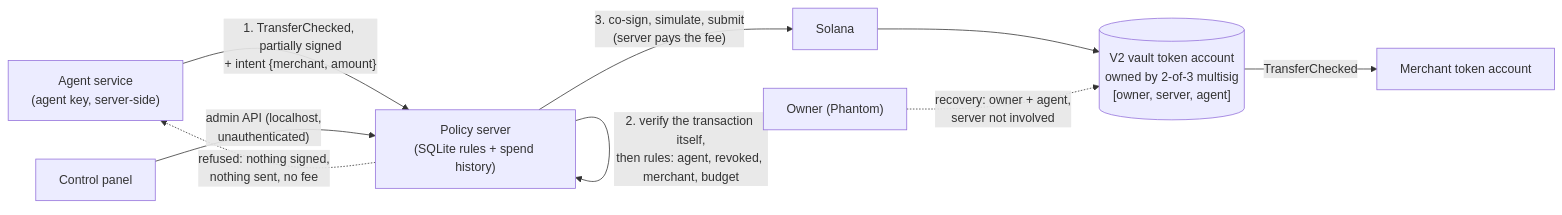
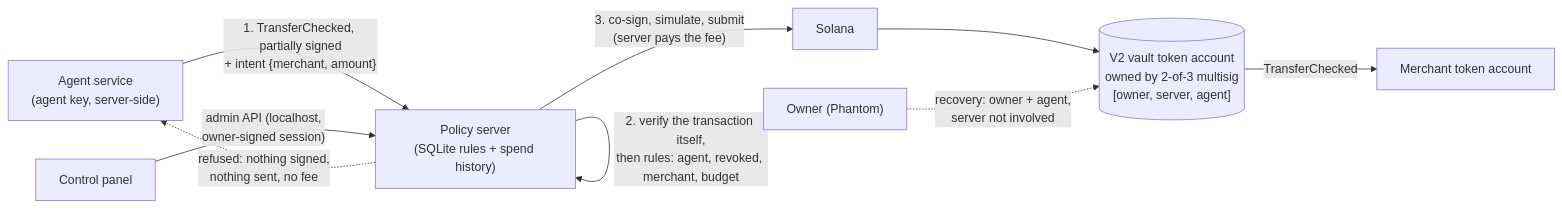
Before and after one commit to Siva-sailam/agent-vault: the second of 2 diagrams in README.md, drawn with Mermaid. The commit also changed other lines of this file and 8 other files, not shown here.

Commit message:
Admin API auth: owner signs a challenge with Phantom signMessage for a 30-minute session

````diff
--- a/README.md
+++ b/README.md
@@ -91,11 +91,11 @@
 ```mermaid
 flowchart LR
     Agent["Agent service<br/>(agent key, server-side)"] -->|"1. TransferChecked, partially signed<br/>+ intent {merchant, amount}"| Server["Policy server<br/>(SQLite rules + spend history)"]
     Server -->|"2. verify the transaction itself,<br/>then rules: agent, revoked, merchant, budget"| Server
     Server -.->|"refused: nothing signed,<br/>nothing sent, no fee"| Agent
     Server -->|"3. co-sign, simulate, submit<br/>(server pays the fee)"| Chain["Solana"]
     Chain --> Vault[("V2 vault token account<br/>owned by 2-of-3 multisig<br/>[owner, server, agent]")]
     Vault -->|"TransferChecked"| Merchant["Merchant token account"]
     Owner["Owner (Phantom)"] -.->|"recovery: owner + agent,<br/>server not involved"| Vault
-    Panel["Control panel"] -->|"admin API (localhost,<br/>unauthenticated)"| Server
+    Panel["Control panel"] -->|"admin API (localhost,<br/>owner-signed session)"| Server
 ```
````
